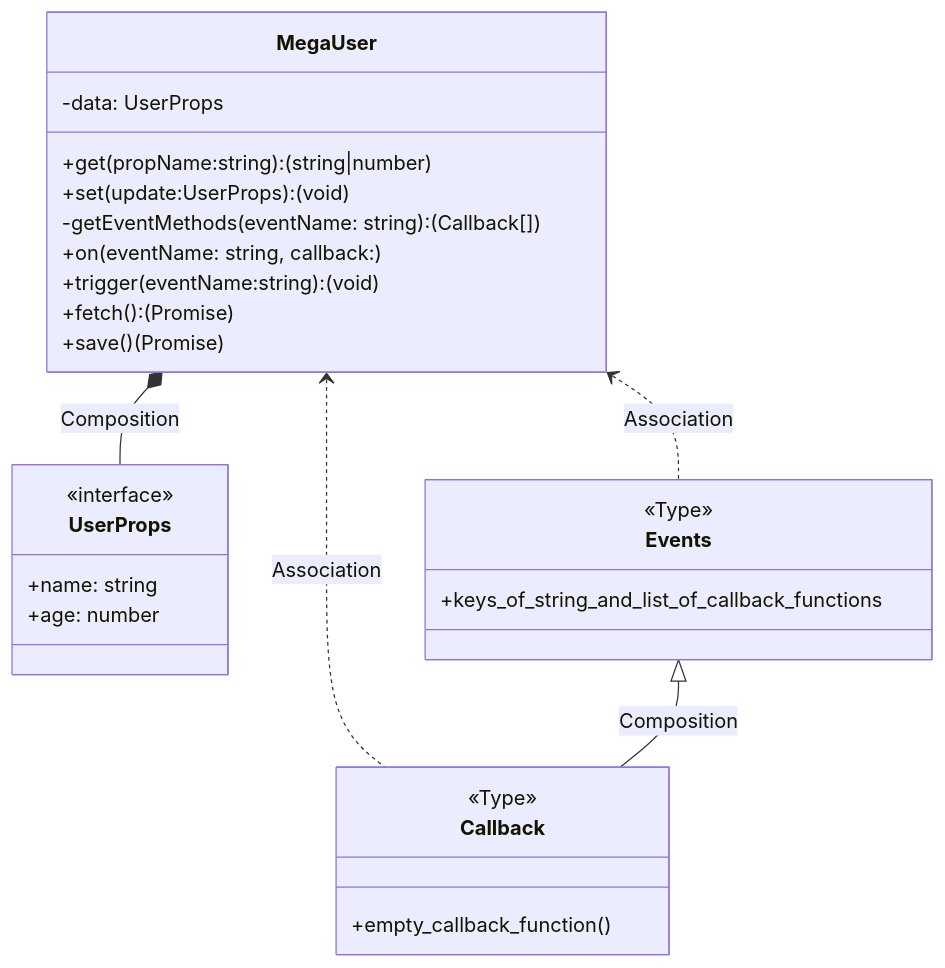
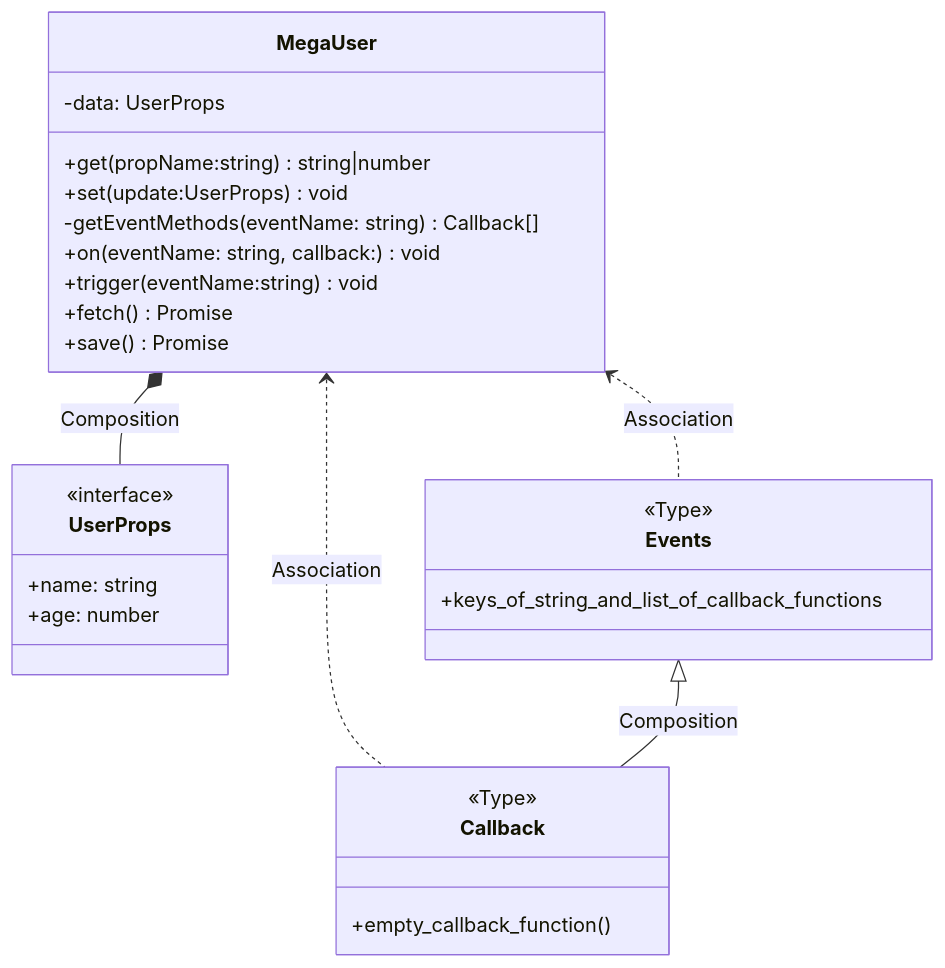
The first of 3 diagrams in README.md (frzhen/typescript-web-framework), drawn with Mermaid before and after one commit. The commit also changed other lines of this file and 3 other files, not shown here.

````diff
--- a/README.md
+++ b/README.md
@@ -70,30 +70,30 @@
 ```mermaid
    classDiagram
    class MegaUser {
    -data: UserProps
-   +get(propName:string):(string|number)
-   +set(update:UserProps):(void)
-   -getEventMethods(eventName: string): (Callback[])
-   +on(eventName: string, callback:)
-   +trigger(eventName:string):(void)
-   +fetch():(Promise)
-   +save()(Promise)
+   +get(propName:string) string|number
+   +set(update:UserProps) void
+   -getEventMethods(eventName: string) Callback[]
+   +on(eventName: string, callback:) void
+   +trigger(eventName:string) void
+   +fetch() Promise
+   +save() Promise
    }
    class UserProps {
    <<interface>>
    +name: string
    +age: number
    }
    MegaUser *-- UserProps: Composition
    class Callback {
    <<Type>>
    +empty_callback_function()
    }
    MegaUser <.. Callback: Association
    class Events {
    <<Type>>
    +keys_of_string_and_list_of_callback_functions
    }
    Events <|-- Callback: Composition
    MegaUser <.. Events: Association
 ```
````
